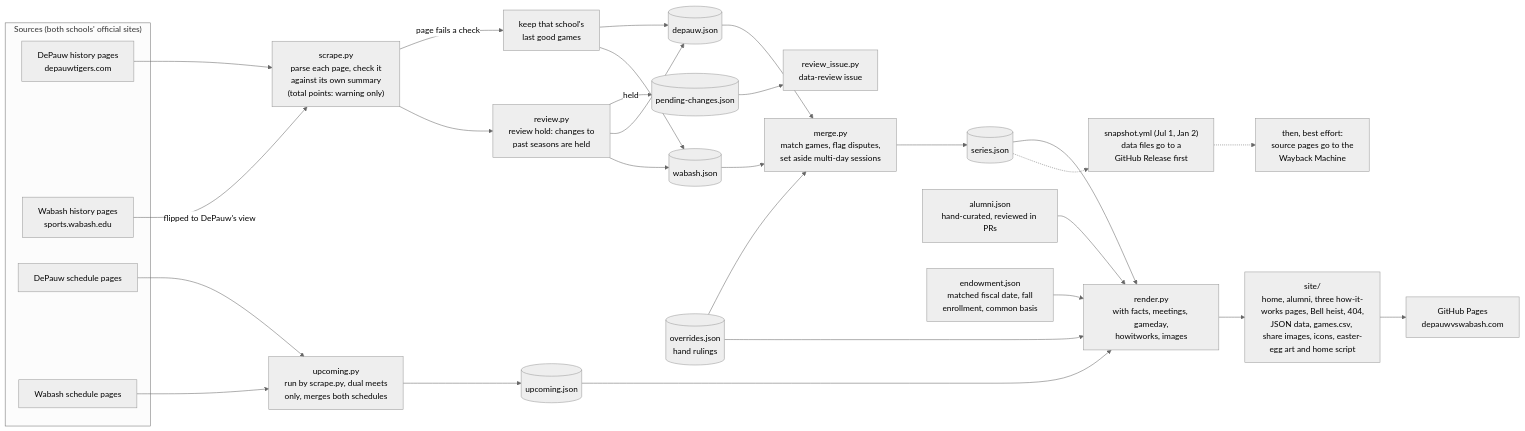
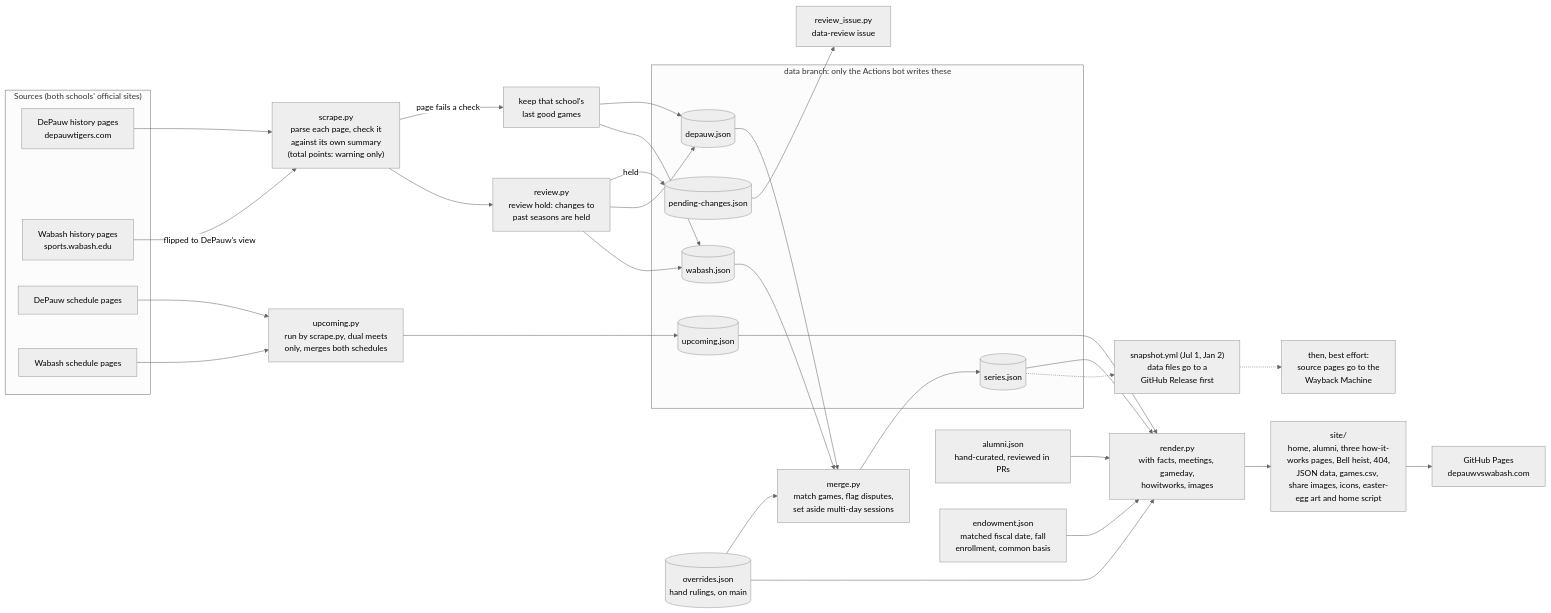
The first of 3 diagrams in README.md (jacksonmote/DePauw-vs-Wabash-web), drawn with Mermaid (neutral theme) before and after one commit. The commit also changed other lines of this file and 3 other files, not shown here.

First line of the commit message:
Document the data branch in the README and AGENTS.md

````diff
--- a/README.md
+++ b/README.md
@@ -79,36 +79,43 @@
 ```mermaid
 flowchart LR
   subgraph SRC["Sources (both schools' official sites)"]
     DH["DePauw history pages<br/>depauwtigers.com"]
     WH["Wabash history pages<br/>sports.wabash.edu"]
     DS["DePauw schedule pages"]
     WS["Wabash schedule pages"]
   end
 
   DH --> P["scrape.py<br/>parse each page, check it<br/>against its own summary<br/>(total points: warning only)"]
   WH -- "flipped to DePauw's view" --> P
   P -- "page fails a check" --> K["keep that school's<br/>last good games"]
   P --> R["review.py<br/>review hold: changes to<br/>past seasons are held"]
   R -- "held" --> PC[("pending-changes.json")]
   PC --> RI["review_issue.py<br/>data-review issue"]
   R --> DJ[("depauw.json")]
   R --> WJ[("wabash.json")]
   K --> DJ
   K --> WJ
   DJ --> M["merge.py<br/>match games, flag disputes,<br/>set aside multi-day sessions"]
   WJ --> M
-  OV[("overrides.json<br/>hand rulings")] --> M
+  OV[("overrides.json<br/>hand rulings, on main")] --> M
   M --> SJ[("series.json")]
   DS --> U["upcoming.py<br/>run by scrape.py, dual meets<br/>only, merges both schedules"]
   WS --> U
   U --> UJ[("upcoming.json")]
   SJ --> RN["render.py<br/>with facts, meetings, gameday,<br/>howitworks, images"]
   AL["alumni.json<br/>hand-curated, reviewed in PRs"] --> RN
   EN["endowment.json<br/>matched fiscal date, fall<br/>enrollment, common basis"] --> RN
   UJ --> RN
   OV --> RN
   RN --> SITE["site/<br/>home, alumni, three how-it-works pages, Bell heist, 404,<br/>JSON data, games.csv, share images, icons, easter-egg art and home script"]
   SITE --> GP["GitHub Pages<br/>depauwvswabash.com"]
   SJ -.-> SN["snapshot.yml (Jul 1, Jan 2)<br/>data files go to a<br/>GitHub Release first"]
   SN -.-> WB["then, best effort:<br/>source pages go to the<br/>Wayback Machine"]
+  subgraph DB["data branch: only the Actions bot writes these"]
+    PC
+    DJ
+    WJ
+    SJ
+    UJ
+  end
 ```
````
